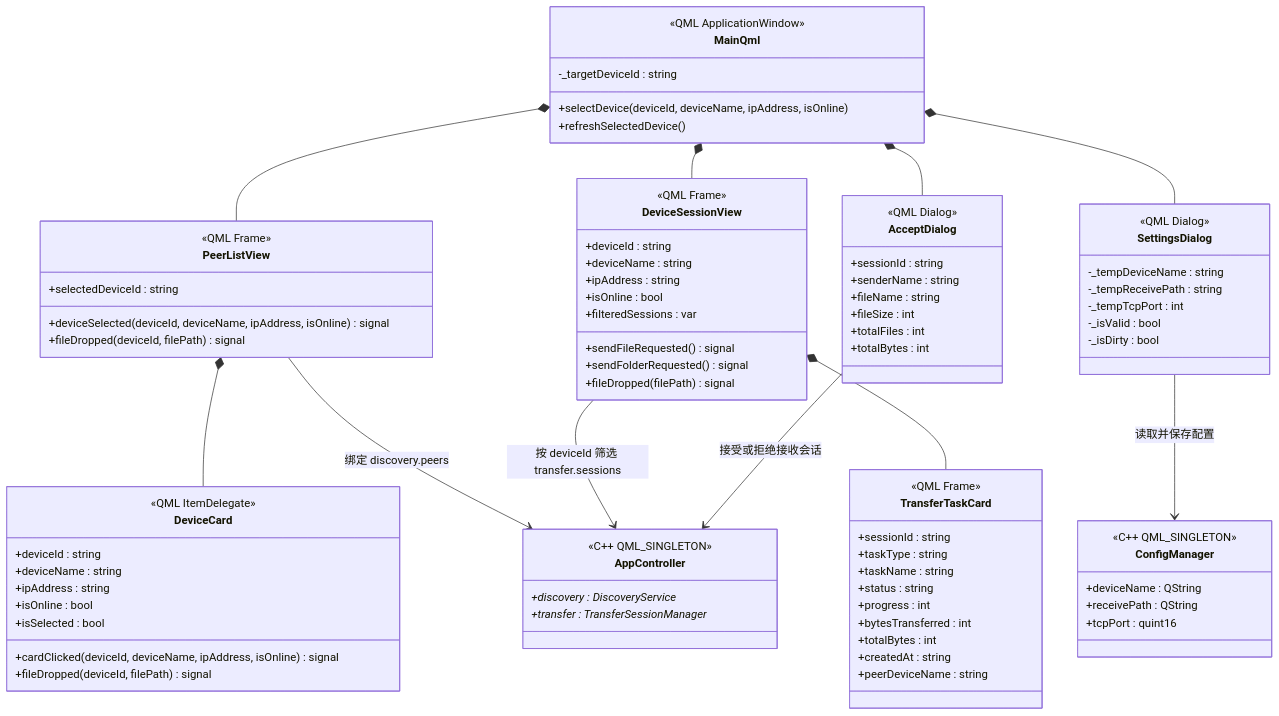
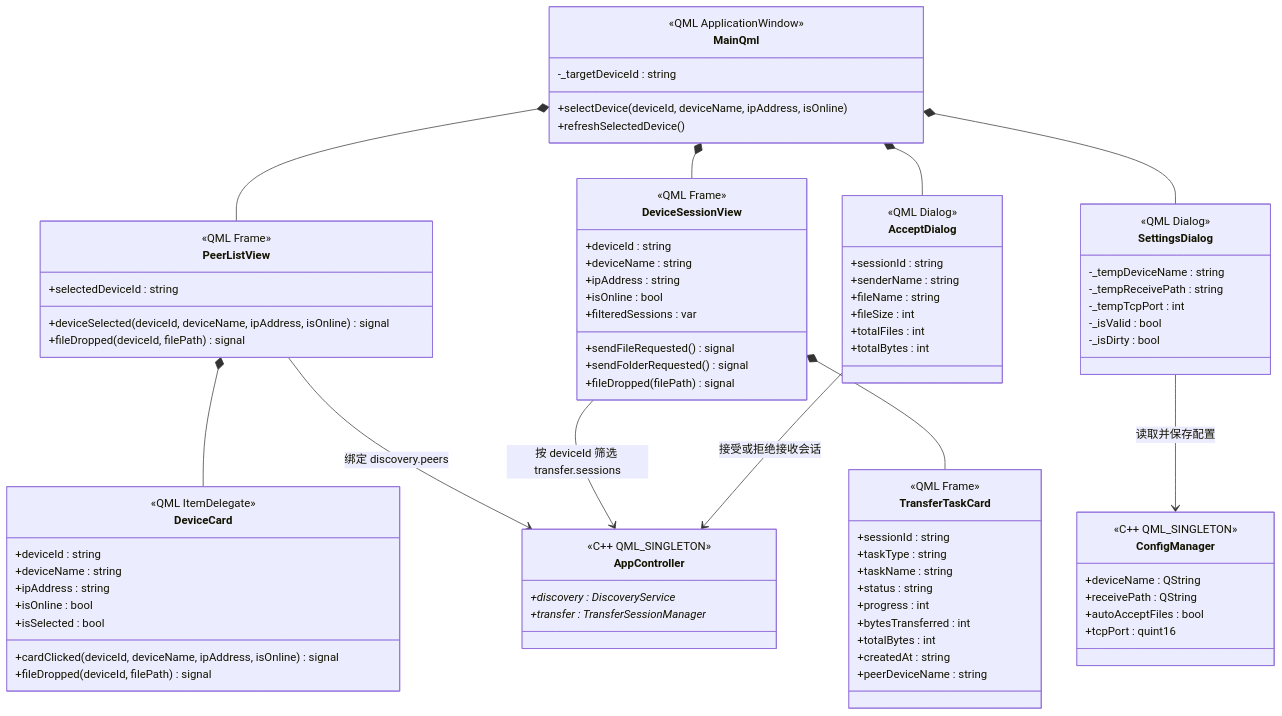
The fourth of 5 diagrams in doc/diagrams/class-diagram.md (Gsheep0729/GridYard), drawn with Mermaid before and after one commit. The commit also changed other lines of this file and 17 other files, not shown here.

```diff
--- a/doc/diagrams/class-diagram.md
+++ b/doc/diagrams/class-diagram.md
@@ -377,6 +386,7 @@
         <<C++ QML_SINGLETON>>
         +deviceName : QString
         +receivePath : QString
+        +autoAcceptFiles : bool
         +tcpPort : quint16
     }
 
```
